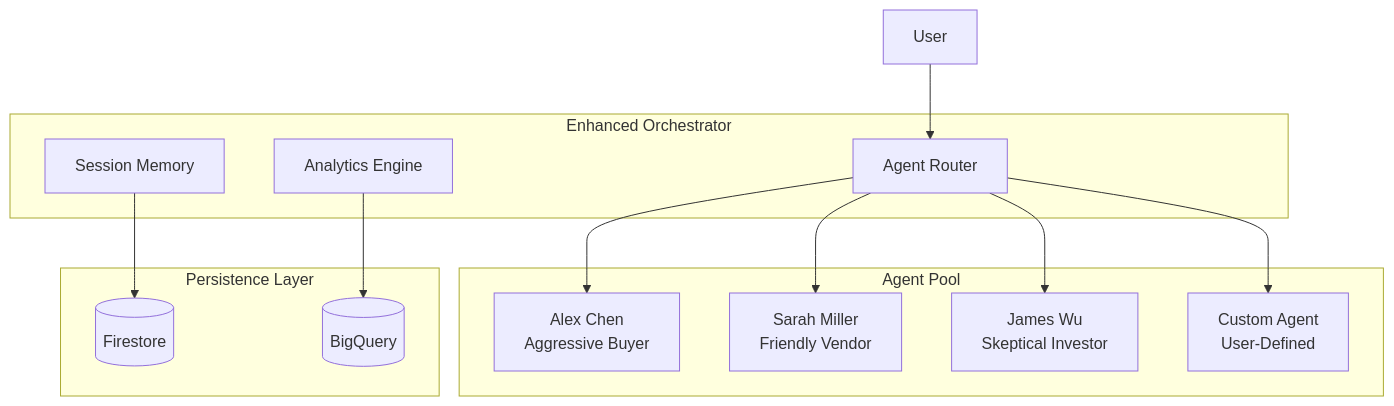
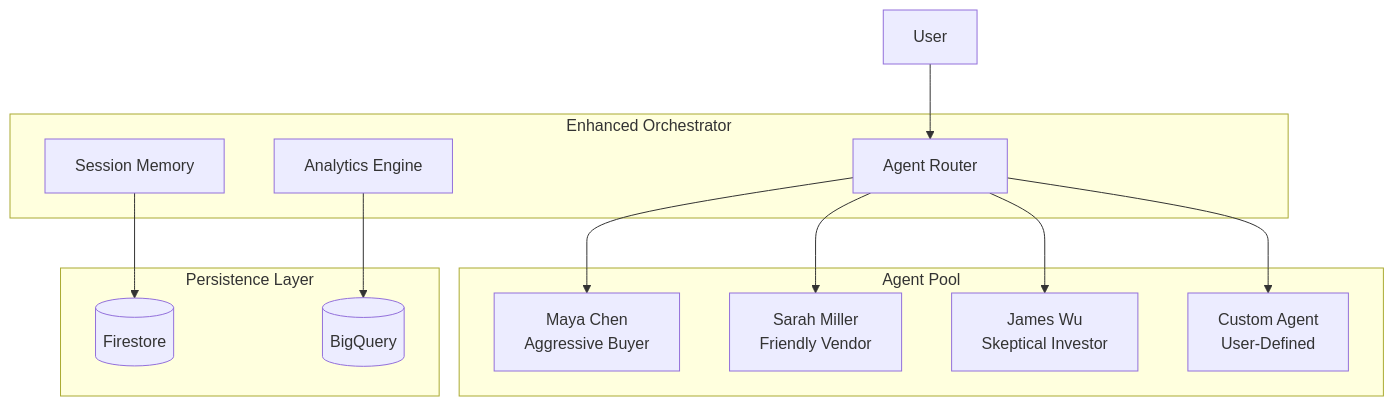
Before and after one commit to mmoussaif/devpost-google: the seventh of 8 diagrams in AGENTS.md, drawn with Mermaid. The commit also changed other lines of this file and 7 other files, not shown here.

First line of the commit message:
feat: Firestore persistence, OpenAPI docs, Live Agent + Maya Chen, diagrams

````diff
--- a/AGENTS.md
+++ b/AGENTS.md
@@ -739,28 +749,28 @@
 ```mermaid
 flowchart TB
     subgraph AgentPool["Agent Pool"]
-        Alex[Alex Chen<br/>Aggressive Buyer]
+        Maya[Maya Chen<br/>Aggressive Buyer]
         Sarah[Sarah Miller<br/>Friendly Vendor]
         James[James Wu<br/>Skeptical Investor]
         Custom[Custom Agent<br/>User-Defined]
     end
     
     subgraph Orchestrator["Enhanced Orchestrator"]
         Router[Agent Router]
         Memory[Session Memory]
         Analytics[Analytics Engine]
     end
     
     subgraph Storage["Persistence Layer"]
         Firestore[(Firestore)]
         BigQuery[(BigQuery)]
     end
     
     User --> Router
-    Router --> Alex
+    Router --> Maya
     Router --> Sarah
     Router --> James
     Router --> Custom
     Memory --> Firestore
     Analytics --> BigQuery
 ```
````
